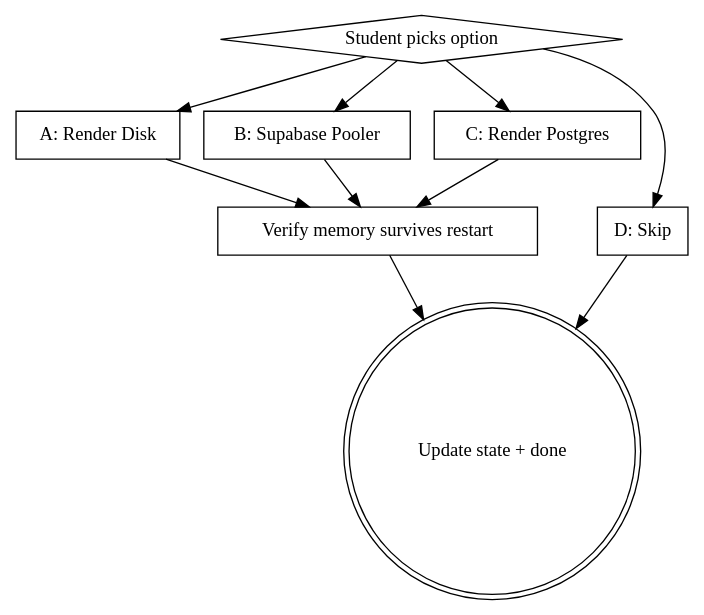
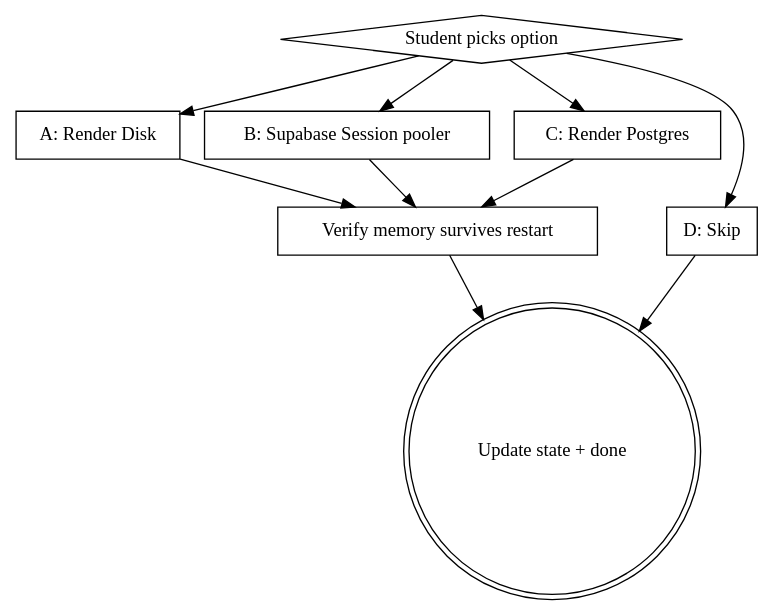
One commit to Asher-pro/wa-whatsapp-agent changed the diagram in skills/wa-persistence/SKILL.md. Above: the diagram before and after it, drawn with Graphviz. The commit also changed other lines of this file and 27 other files, not shown here.

````diff
--- a/skills/wa-persistence/SKILL.md
+++ b/skills/wa-persistence/SKILL.md
@@ -33,22 +38,22 @@
 ```dot
 digraph wa_persistence {
     rankdir=TB;
     "Student picks option" [shape=diamond];
     "A: Render Disk" [shape=box];
-    "B: Supabase Pooler" [shape=box];
+    "B: Supabase Session pooler" [shape=box];
     "C: Render Postgres" [shape=box];
     "D: Skip" [shape=box];
     "Verify memory survives restart" [shape=box];
     "Update state + done" [shape=doublecircle];
 
     "Student picks option" -> "A: Render Disk";
-    "Student picks option" -> "B: Supabase Pooler";
+    "Student picks option" -> "B: Supabase Session pooler";
     "Student picks option" -> "C: Render Postgres";
     "Student picks option" -> "D: Skip";
     "A: Render Disk" -> "Verify memory survives restart";
-    "B: Supabase Pooler" -> "Verify memory survives restart";
+    "B: Supabase Session pooler" -> "Verify memory survives restart";
     "C: Render Postgres" -> "Verify memory survives restart";
     "D: Skip" -> "Update state + done";
     "Verify memory survives restart" -> "Update state + done";
 }
 ```
````
